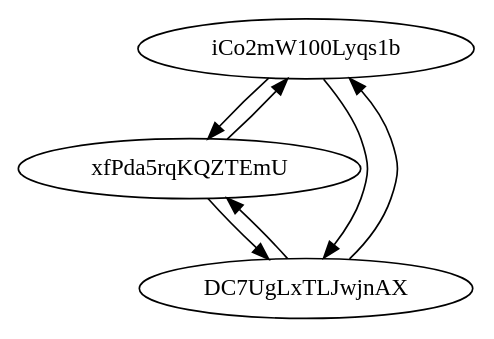
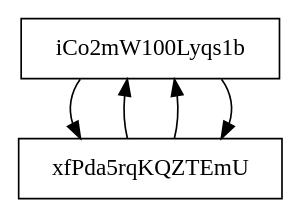
One commit to diemorales96/-EDD-Proyecto1 changed the diagram in [EDD]Proyecto1/[EDD]Proyecto1/ReporteTransacciones.dot. Above: the diagram before and after it, drawn with Graphviz. The commit also changed 17 other files, not shown here.

```diff
--- a/[EDD]Proyecto1/[EDD]Proyecto1/ReporteTransacciones.dot
+++ b/[EDD]Proyecto1/[EDD]Proyecto1/ReporteTransacciones.dot
@@ -1,11 +1,12 @@
 digraph Transacciones{
-iCo2mW100Lyqs1b[lable="iCo2mW100Lyqs1b p2"];
+node [shape=box]
+graph[ranksep = "0.5", nodesep="0.6"];
+iCo2mW100Lyqs1b[lable="iCo2mW100Lyqs1b 
+p2"];
 iCo2mW100Lyqs1b->xfPda5rqKQZTEmU
 xfPda5rqKQZTEmU->iCo2mW100Lyqs1b
-xfPda5rqKQZTEmU[lable="xfPda5rqKQZTEmU p2"];
-xfPda5rqKQZTEmU->DC7UgLxTLJwjnAX
-DC7UgLxTLJwjnAX->xfPda5rqKQZTEmU
-DC7UgLxTLJwjnAX[lable="DC7UgLxTLJwjnAX p2"];
-DC7UgLxTLJwjnAX->iCo2mW100Lyqs1b
-iCo2mW100Lyqs1b->DC7UgLxTLJwjnAX
+xfPda5rqKQZTEmU[lable="xfPda5rqKQZTEmU 
+p1"];
+xfPda5rqKQZTEmU->iCo2mW100Lyqs1b
+iCo2mW100Lyqs1b->xfPda5rqKQZTEmU
 }
```
